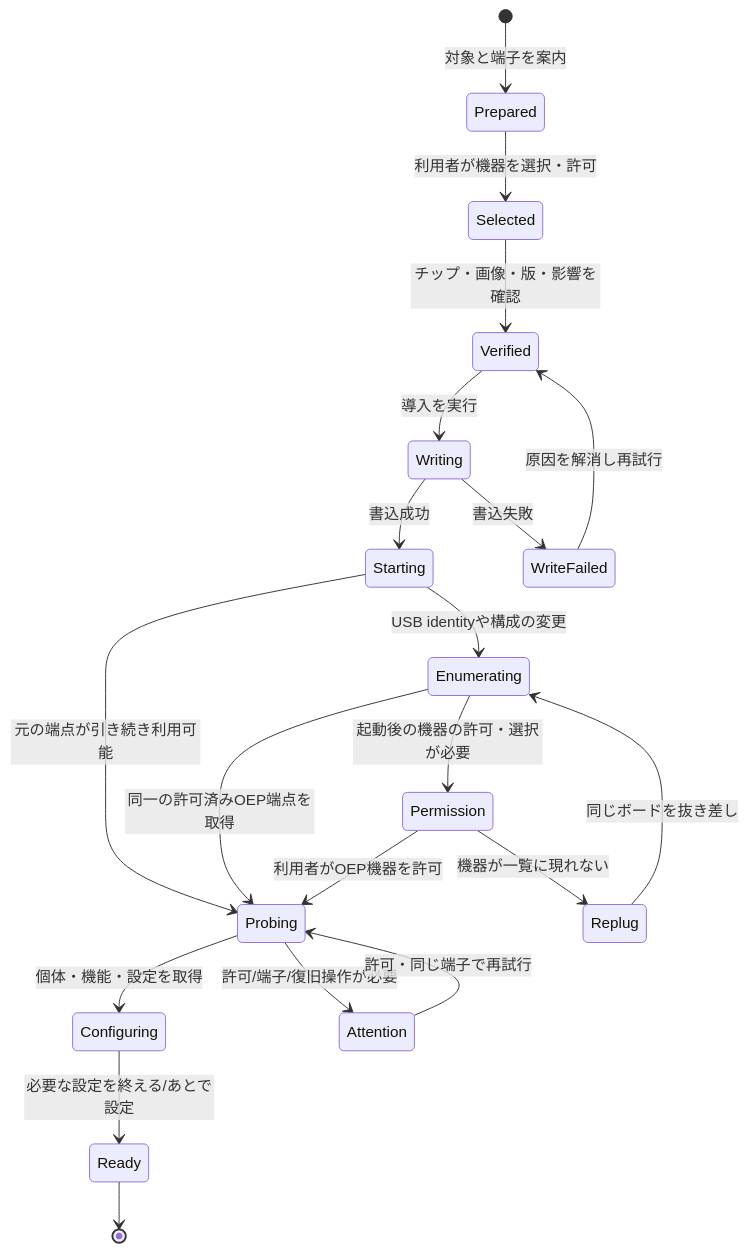
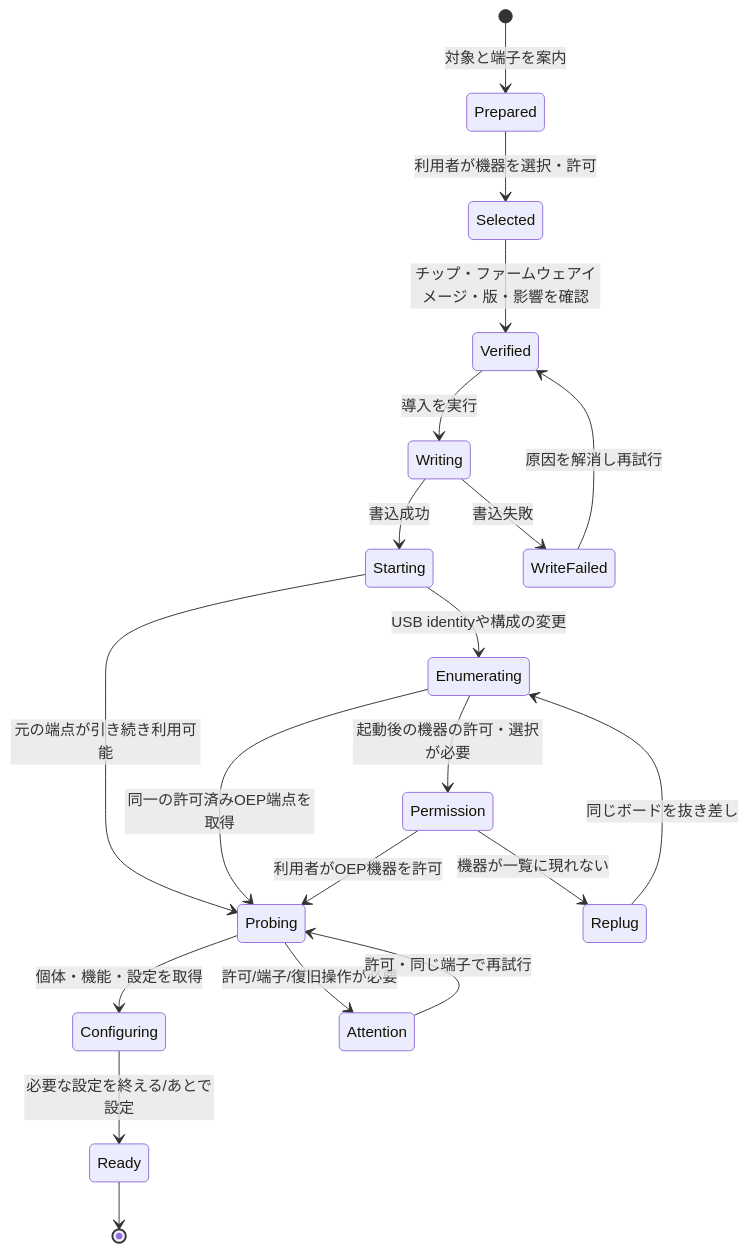
One commit to Open-Embedded-Probe/oep-client-js changed the diagram in docs/page-connection.ja.md. Above: the diagram before and after it, drawn with Mermaid. The commit also changed other lines of this file and 12 other files, not shown here.

````diff
--- a/docs/page-connection.ja.md
+++ b/docs/page-connection.ja.md
@@ -108,22 +108,22 @@
 ```mermaid
 stateDiagram-v2
   [*] --> Prepared: 対象と端子を案内
   Prepared --> Selected: 利用者が機器を選択・許可
-  Selected --> Verified: チップ・画像・版・影響を確認
+  Selected --> Verified: チップ・ファームウェアイメージ・版・影響を確認
   Verified --> Writing: 導入を実行
   Writing --> Starting: 書込成功
   Writing --> WriteFailed: 書込失敗
   WriteFailed --> Verified: 原因を解消し再試行
   Starting --> Probing: 元の端点が引き続き利用可能
   Starting --> Enumerating: USB identityや構成の変更
   Enumerating --> Probing: 同一の許可済みOEP端点を取得
   Enumerating --> Permission: 起動後の機器の許可・選択が必要
   Permission --> Probing: 利用者がOEP機器を許可
   Permission --> Replug: 機器が一覧に現れない
   Replug --> Enumerating: 同じボードを抜き差し
   Probing --> Configuring: 個体・機能・設定を取得
   Probing --> Attention: 許可/端子/復旧操作が必要
   Attention --> Probing: 許可・同じ端子で再試行
   Configuring --> Ready: 必要な設定を終える/あとで設定
   Ready --> [*]
 ```
````
